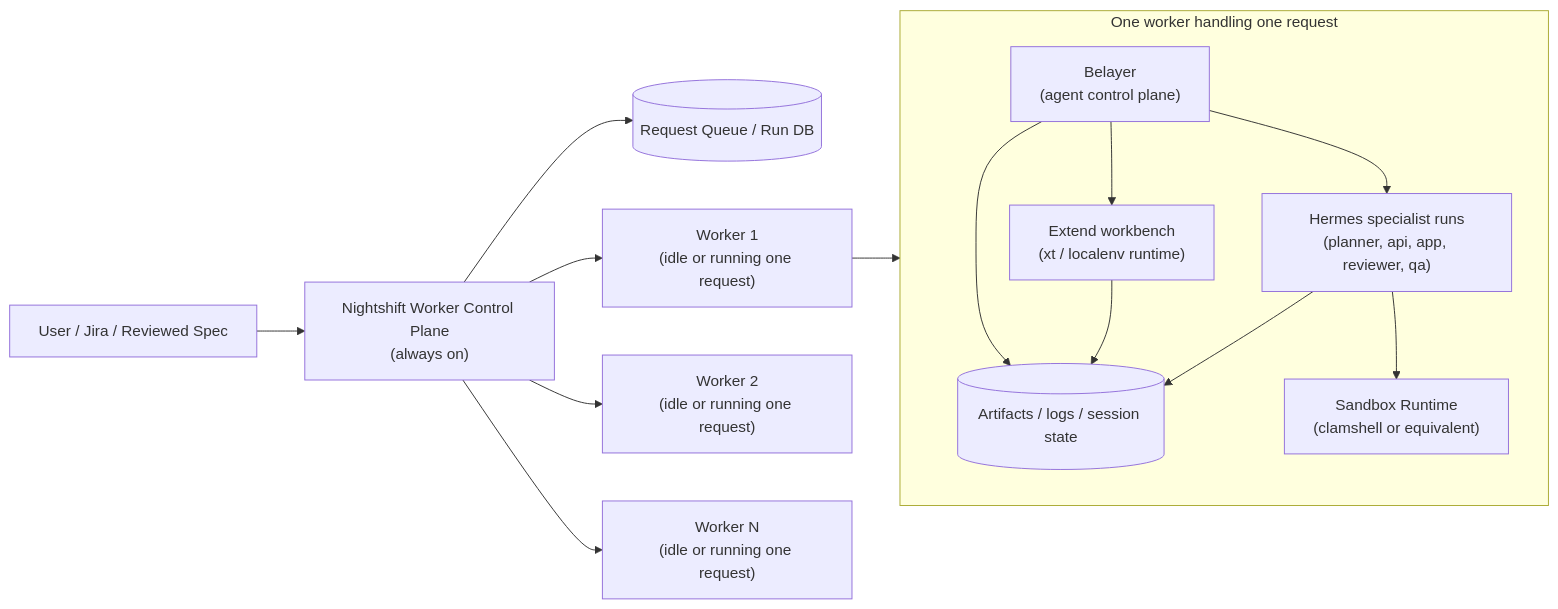
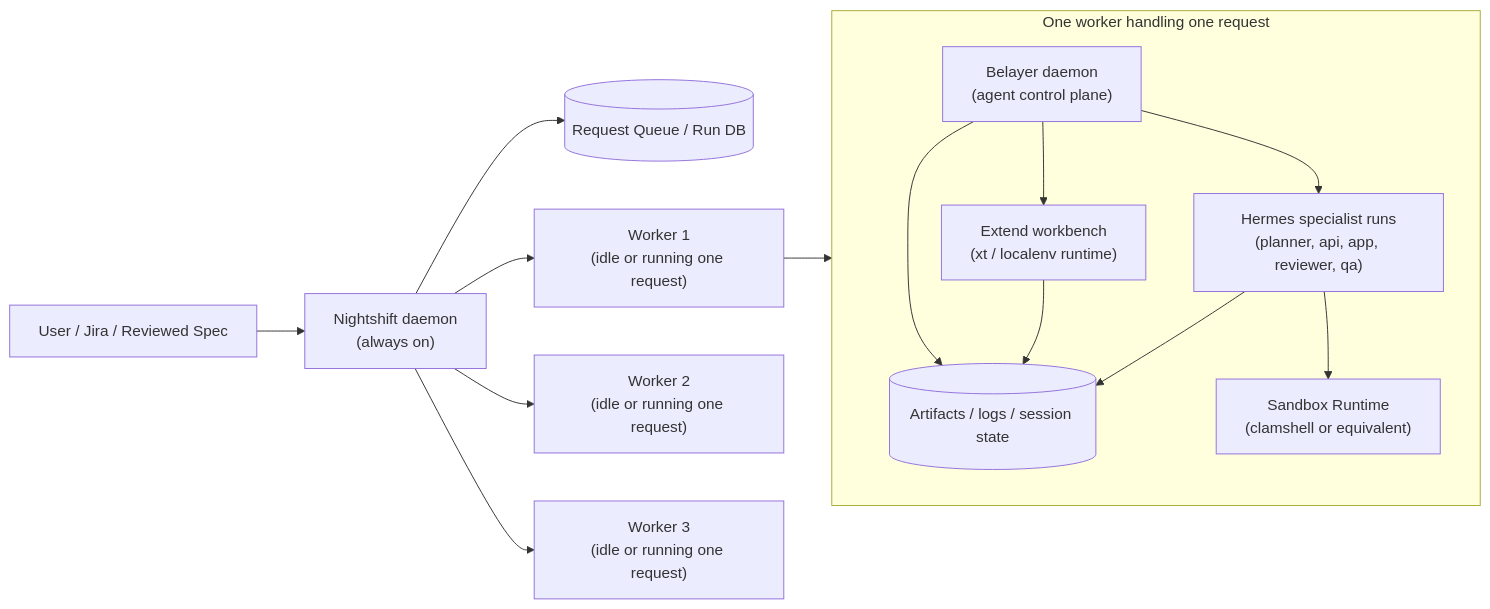
One commit to donovan-yohan/belayer changed the first of 4 diagrams in docs/design-docs/2026-04-15-nightshift-v1-deployment-topology.md. Above: the diagram before and after it, drawn with Mermaid. The commit also changed other lines of this file and 1 other file, not shown here.

Commit message:
docs: clarify worker topology and scaling path

````diff
--- a/docs/design-docs/2026-04-15-nightshift-v1-deployment-topology.md
+++ b/docs/design-docs/2026-04-15-nightshift-v1-deployment-topology.md
@@ -110,25 +163,25 @@
 ```mermaid
 flowchart LR
-    User["User / Jira / Reviewed Spec"] --> NCP["Nightshift Worker Control Plane\n(always on)"]
+    User["User / Jira / Reviewed Spec"] --> NCP["Nightshift daemon\n(always on)"]
     NCP --> Queue[("Request Queue / Run DB")]
     NCP --> W1["Worker 1\n(idle or running one request)"]
     NCP --> W2["Worker 2\n(idle or running one request)"]
-    NCP --> WN["Worker N\n(idle or running one request)"]
+    NCP --> W3["Worker 3\n(idle or running one request)"]
 
     subgraph Worker["One worker handling one request"]
-        B["Belayer\n(agent control plane)"]
+        B["Belayer daemon\n(agent control plane)"]
         S["Sandbox Runtime\n(clamshell or equivalent)"]
         H["Hermes specialist runs\n(planner, api, app, reviewer, qa)"]
         X["Extend workbench\n(xt / localenv runtime)"]
         A[("Artifacts / logs / session state")]
 
         B --> H
         B --> A
         H --> S
         B --> X
         X --> A
         H --> A
     end
 
     W1 --> Worker
 ```
````
